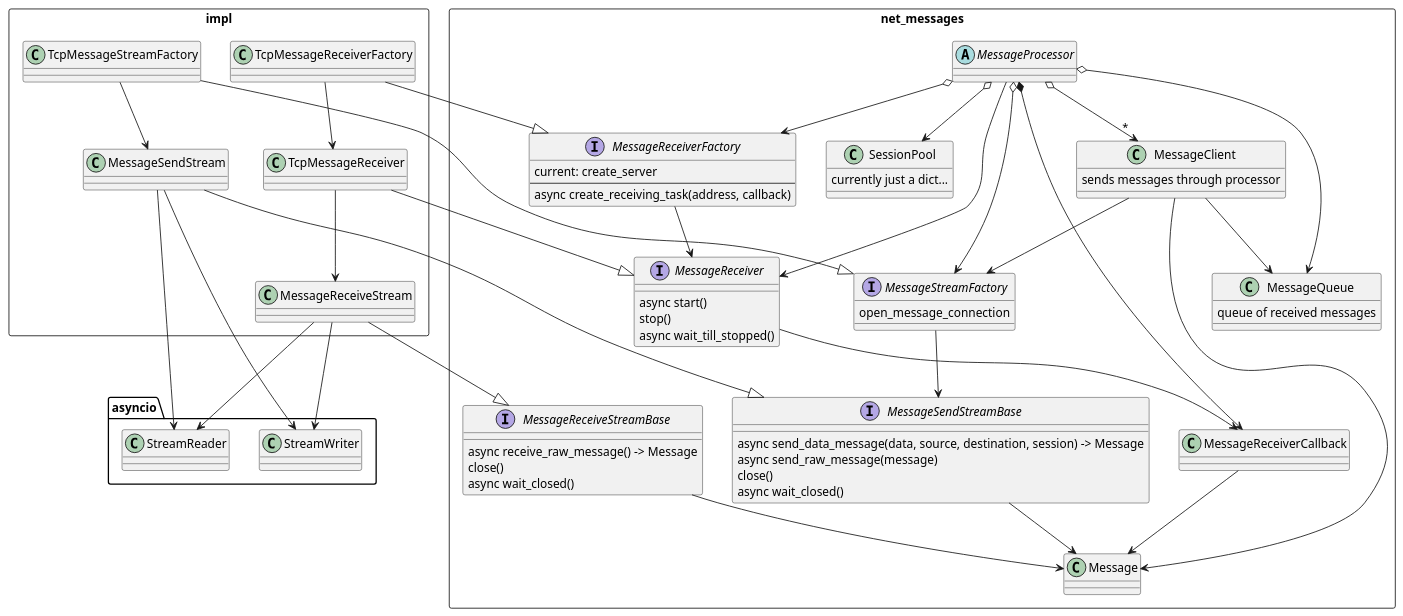
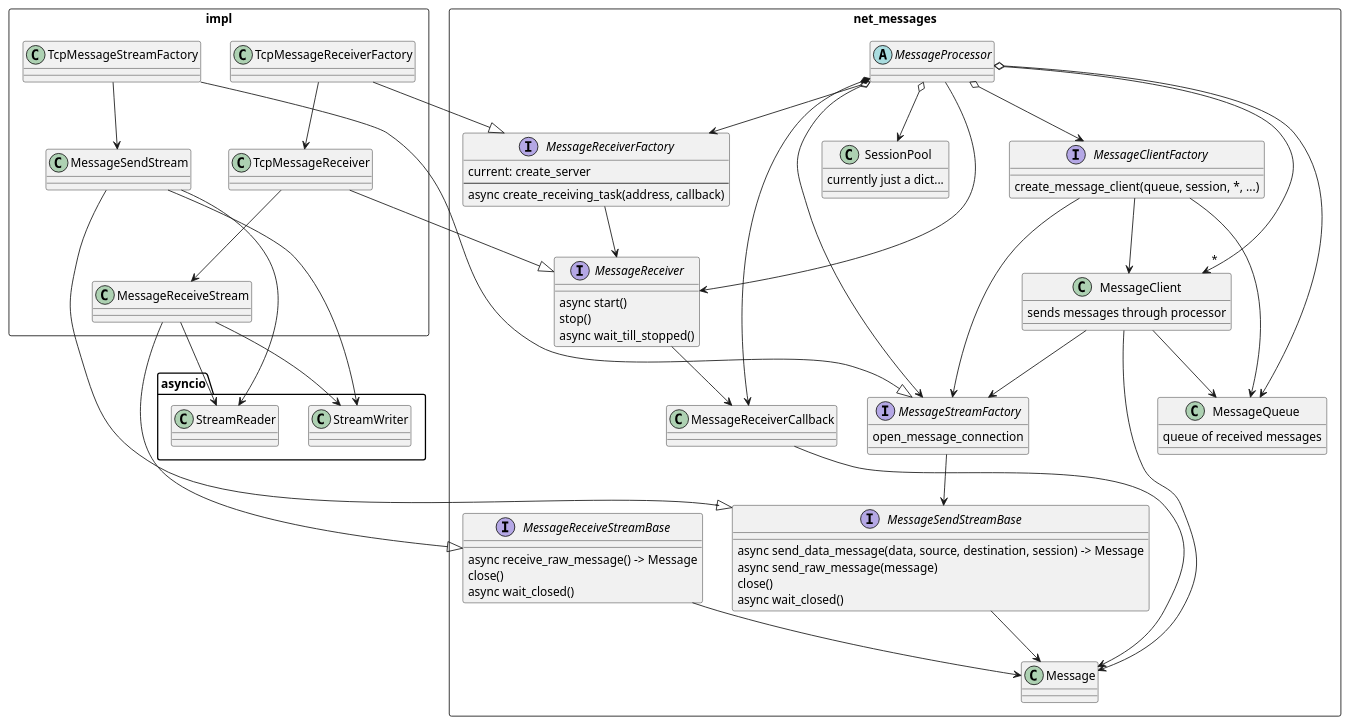
The diagram in docs/source/diagrams/messages.puml (pedohorse/lifeblood), drawn with PlantUML before and after one commit.

Commit message:
updated to reflect MessageClientFactory introduction

```diff
--- a/docs/source/diagrams/messages.puml
+++ b/docs/source/diagrams/messages.puml
@@ -1,102 +1,110 @@
 @startuml
 
 
 
 rectangle "net_messages"{
   'class MessageData << (D,lightblue) >>
   class MessageClient{
     sends messages through processor
   }
 
   interface MessageReceiver{
     async start()
     stop()
     async wait_till_stopped()
   }
   class MessageReceiverCallback
   abstract MessageProcessor
   
   'interface IMessage
   class Message
 
   class SessionPool{
     currently just a dict...
   }
   class MessageQueue{
     queue of received messages
   }
 
   interface MessageStreamFactory{
     open_message_connection
   }
   interface MessageReceiverFactory{
     current: create_server
     --
     async create_receiving_task(address, callback)
   }
+  interface MessageClientFactory{
+    create_message_client(queue, session, *, ...)
+  }
   interface MessageSendStreamBase{
     async send_data_message(data, source, destination, session) -> Message
     async send_raw_message(message)
     close()
     async wait_closed()
   }
   interface MessageReceiveStreamBase{
     async receive_raw_message() -> Message
     close()
     async wait_closed()
   }
 }
 
 'Message --|> IMessage
 
+MessageClientFactory --> MessageStreamFactory
+MessageClientFactory --> MessageQueue
+MessageClientFactory --> MessageClient
+
 MessageClient --> Message
 MessageClient --> MessageStreamFactory
 MessageClient --> MessageQueue
 'MessageClient --> MessageData
 
 MessageProcessor o--> MessageReceiverFactory
 MessageProcessor o--> MessageStreamFactory
+MessageProcessor o--> MessageClientFactory
 MessageProcessor o--> SessionPool
 MessageProcessor o--> MessageQueue
 MessageProcessor o--> "*" MessageClient
 MessageProcessor --> MessageReceiver
 MessageProcessor *--> MessageReceiverCallback
 
 MessageReceiverCallback --> Message
 
 MessageReceiverFactory --> MessageReceiver
 
 MessageReceiver --> MessageReceiverCallback
 
 MessageStreamFactory --> MessageSendStreamBase
 
 MessageSendStreamBase --> Message
 MessageReceiveStreamBase --> Message
 
 
 class asyncio.StreamReader
 class asyncio.StreamWriter
 
 rectangle impl {
   'TcpMessageSender --|> MessageStream
   TcpMessageReceiver --|> MessageReceiver
   TcpMessageStreamFactory --|> MessageStreamFactory
   TcpMessageReceiverFactory --|> MessageReceiverFactory
 
   MessageSendStream --|> MessageSendStreamBase
   MessageReceiveStream --|> MessageReceiveStreamBase
 
   TcpMessageReceiverFactory --> TcpMessageReceiver
   TcpMessageReceiver --> MessageReceiveStream
 
   TcpMessageStreamFactory --> MessageSendStream
 
   MessageSendStream --> asyncio.StreamReader
   MessageSendStream --> asyncio.StreamWriter
   MessageReceiveStream --> asyncio.StreamReader
   MessageReceiveStream --> asyncio.StreamWriter
 
   
 }
 
 @enduml
```
